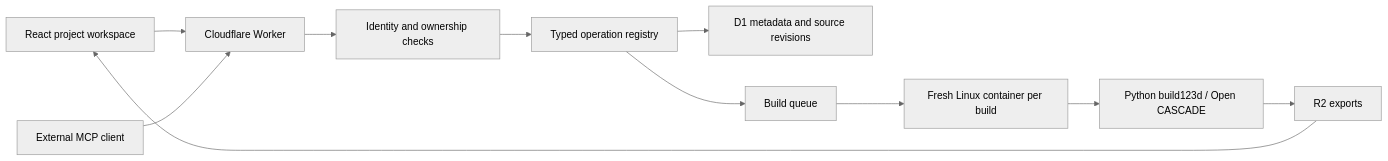
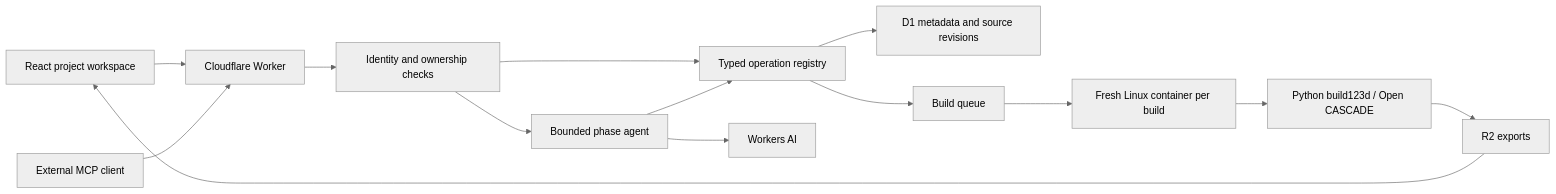
The diagram in docs/architecture.md (UnitedAI-Projects/deal-toy), drawn with Mermaid (neutral theme) before and after one commit. The commit also changed other lines of this file and 21 other files, not shown here.

Commit message:
Add bounded Workers AI conversations and project phase edits

````diff
--- a/docs/architecture.md
+++ b/docs/architecture.md
@@ -5,13 +5,16 @@
 ```mermaid
 flowchart LR
   UI[React project workspace] --> API[Cloudflare Worker]
   MCP[External MCP client] --> API
   API --> AUTH[Identity and ownership checks]
   AUTH --> TOOLS[Typed operation registry]
+  AUTH --> AGENT[Bounded phase agent]
+  AGENT --> AI[Workers AI]
+  AGENT --> TOOLS
   TOOLS --> D1[D1 metadata and source revisions]
   TOOLS --> Q[Build queue]
   Q --> C[Fresh Linux container per build]
   C --> CAD[Python build123d / Open CASCADE]
   CAD --> R2[R2 exports]
   R2 --> UI
 ```
````
